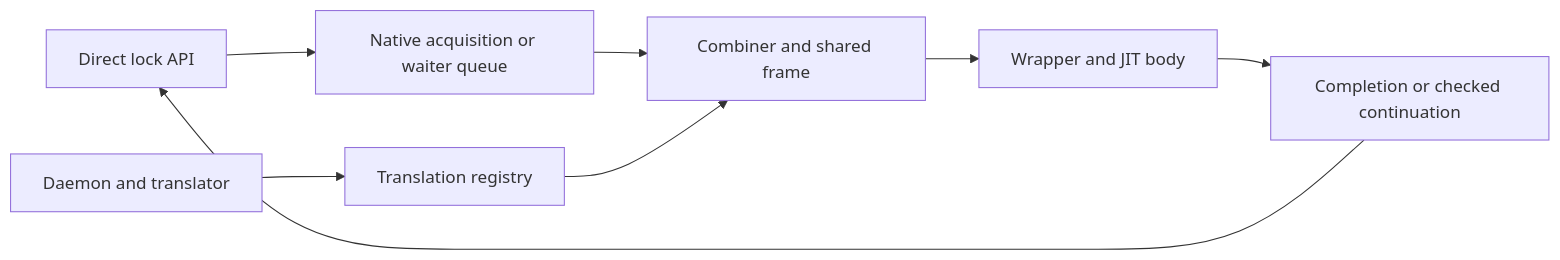
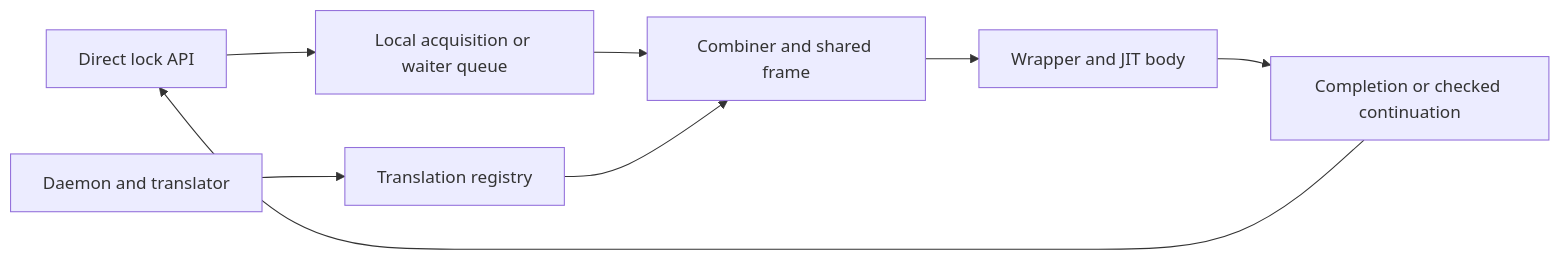
One commit to hailongeric/kdlock changed the diagram in docs/DESIGN.md. Above: the diagram before and after it, drawn with Mermaid. The commit also changed other lines of this file and 33 other files, not shown here.

````diff
--- a/docs/DESIGN.md
+++ b/docs/DESIGN.md
@@ -33,10 +33,10 @@
 ```mermaid
 flowchart LR
-    Caller[Direct lock API] --> Queue[Native acquisition or waiter queue]
+    Caller[Direct lock API] --> Queue[Local acquisition or waiter queue]
     Queue --> Combiner[Combiner and shared frame]
     Registry[Translation registry] --> Combiner
     Daemon[Daemon and translator] --> Registry
     Combiner --> Wrapper[Wrapper and JIT body]
     Wrapper --> Exit[Completion or checked continuation]
     Exit --> Caller
 ```
````
